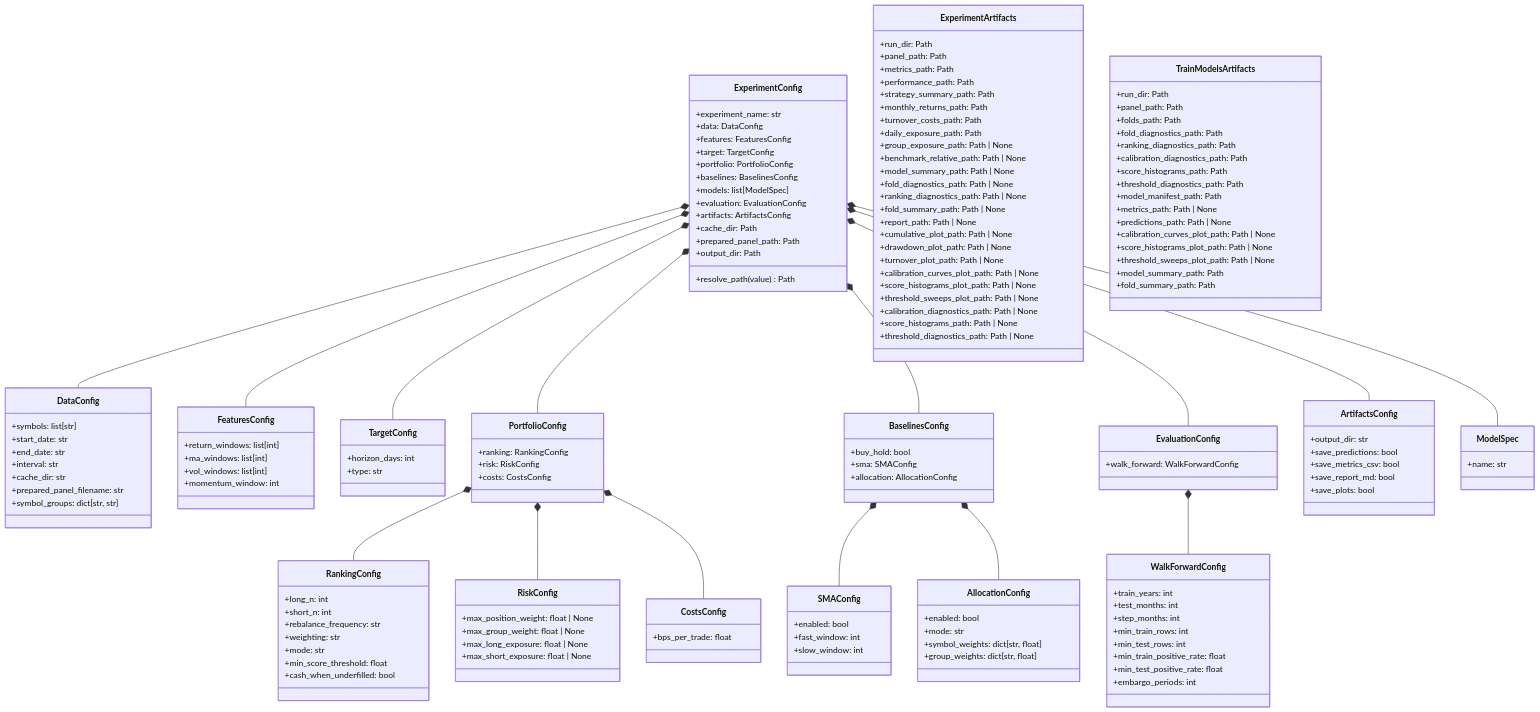
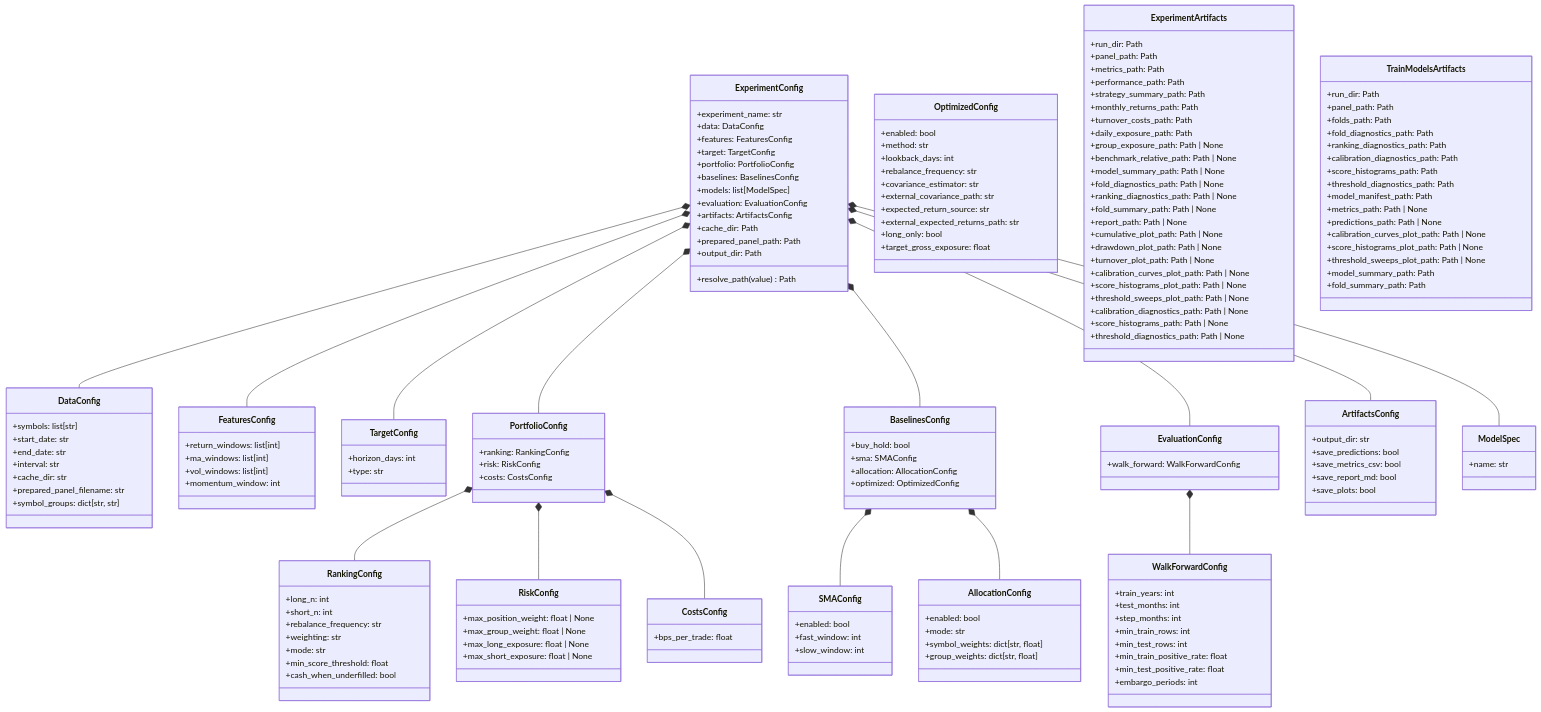
One commit to ricardogr07/market-lab changed the sixth of 6 diagrams in docs/architecture.md. Above: the diagram before and after it, drawn with Mermaid. The commit also changed other lines of this file and 11 other files, not shown here.

```diff
--- a/docs/architecture.md
+++ b/docs/architecture.md
@@ -353,6 +362,7 @@
       +buy_hold: bool
       +sma: SMAConfig
       +allocation: AllocationConfig
+      +optimized: OptimizedConfig
     }
 
     class SMAConfig {
@@ -367,6 +377,19 @@
       +symbol_weights: dict[str, float]
       +group_weights: dict[str, float]
     }
+    class OptimizedConfig {
+      +enabled: bool
+      +method: str
+      +lookback_days: int
+      +rebalance_frequency: str
+      +covariance_estimator: str
+      +external_covariance_path: str
+      +expected_return_source: str
+      +external_expected_returns_path: str
+      +long_only: bool
+      +target_gross_exposure: float
+    }
+
     class EvaluationConfig {
       +walk_forward: WalkForwardConfig
     }
```
